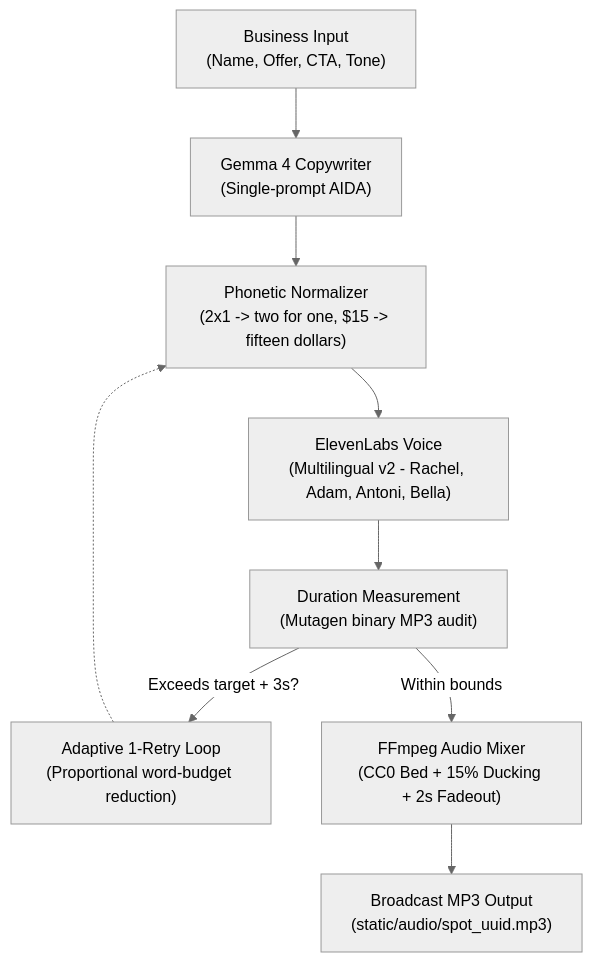
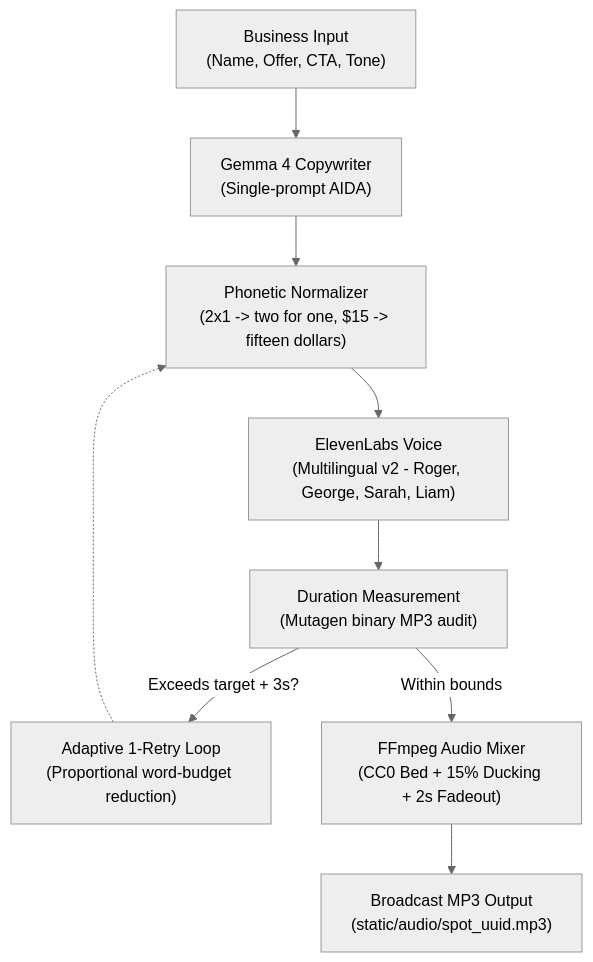
The diagram in README.md (oscarbol09/spotforge), drawn with Mermaid (neutral theme) before and after one commit. The commit also changed other lines of this file and 17 other files, not shown here.

````diff
--- a/README.md
+++ b/README.md
@@ -70,11 +70,11 @@
 ```mermaid
 flowchart TD
     A["Business Input\n(Name, Offer, CTA, Tone)"] --> B["Gemma 4 Copywriter\n(Single-prompt AIDA)"]
     B --> C["Phonetic Normalizer\n(2x1 -> two for one, $15 -> fifteen dollars)"]
-    C --> D["ElevenLabs Voice\n(Multilingual v2 - Rachel, Adam, Antoni, Bella)"]
+    C --> D["ElevenLabs Voice\n(Multilingual v2 - Roger, George, Sarah, Liam)"]
     D --> E["Duration Measurement\n(Mutagen binary MP3 audit)"]
     E -- "Exceeds target + 3s?" --> F["Adaptive 1-Retry Loop\n(Proportional word-budget reduction)"]
     F -.-> C
     E -- "Within bounds" --> G["FFmpeg Audio Mixer\n(CC0 Bed + 15% Ducking + 2s Fadeout)"]
     G --> H["Broadcast MP3 Output\n(static/audio/spot_uuid.mp3)"]
 ```
````
